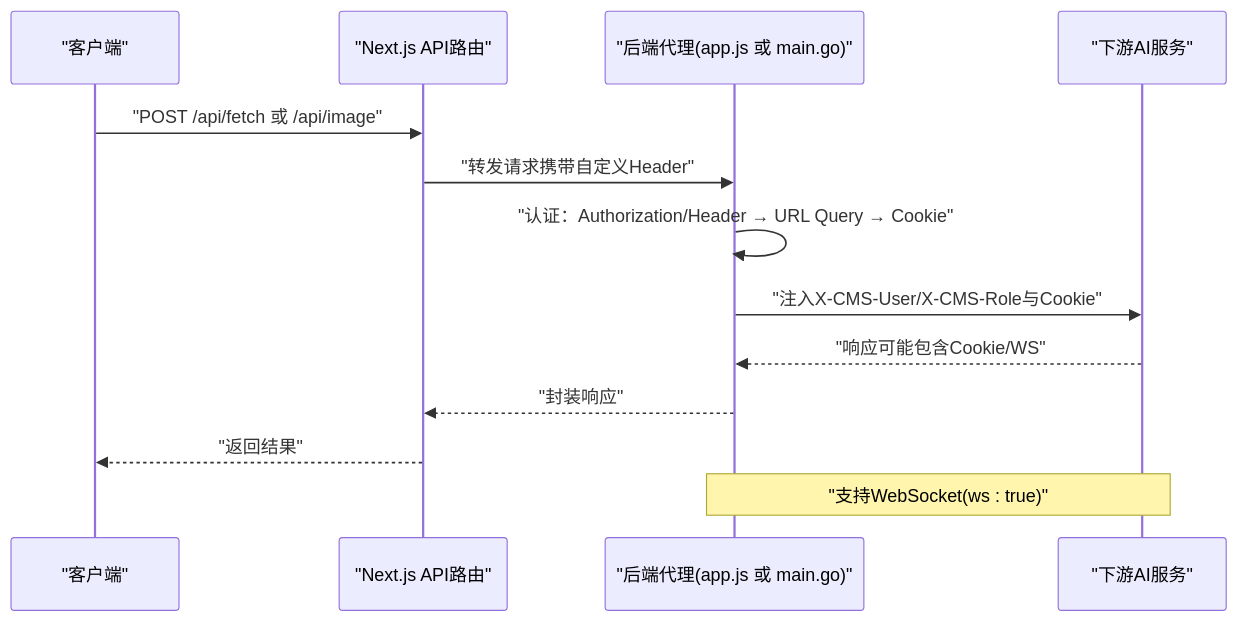
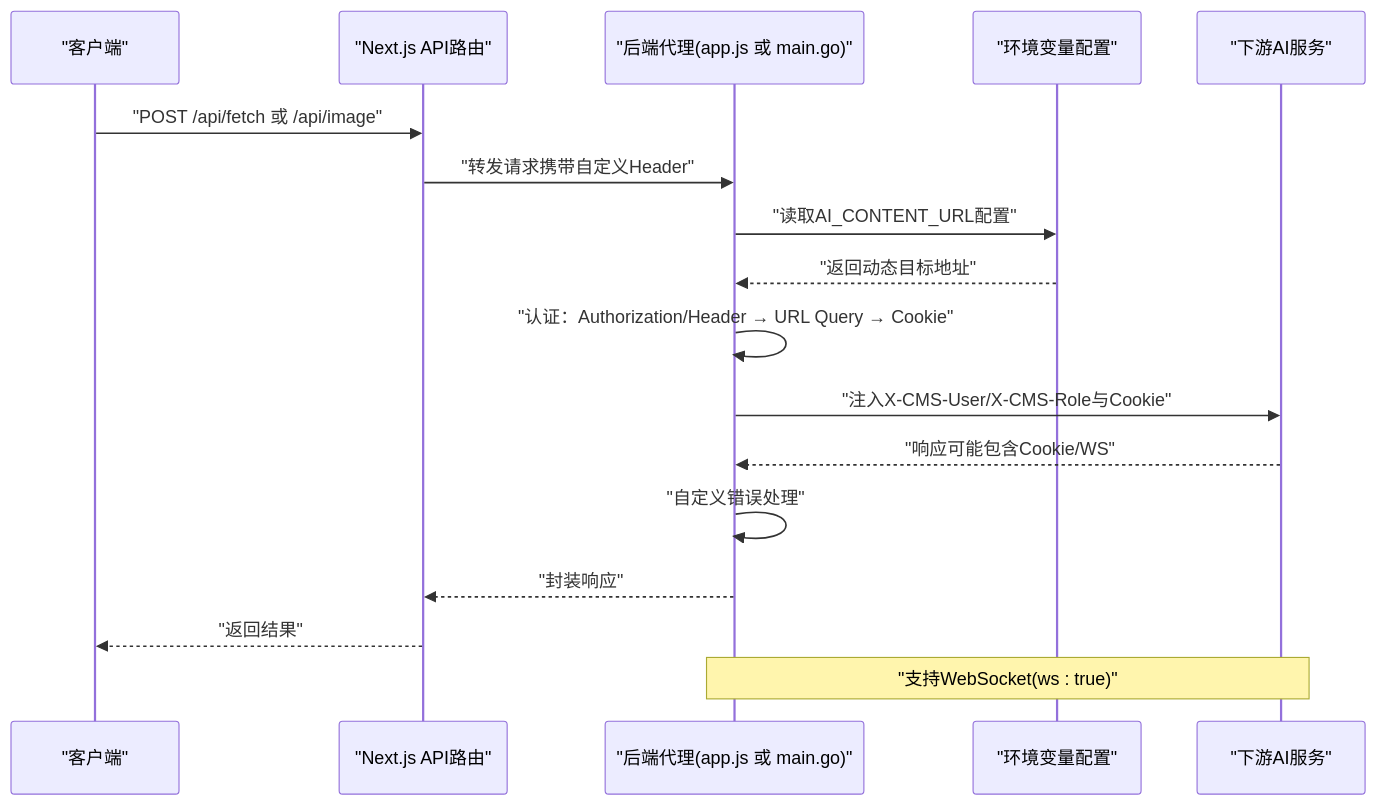
Before and after one commit to hx631580609-web/zsts-cms: the second of 8 diagrams in .qoder/repowiki/zh/content/后端服务架构/核心服务/AI代理服务.md, drawn with Mermaid. The commit also changed other lines of this file and 11 other files, not shown here.

````diff
--- a/.qoder/repowiki/zh/content/后端服务架构/核心服务/AI代理服务.md
+++ b/.qoder/repowiki/zh/content/后端服务架构/核心服务/AI代理服务.md
@@ -110,15 +119,19 @@
 ```mermaid
 sequenceDiagram
 participant C as "客户端"
 participant N as "Next.js API路由"
 participant P as "后端代理(app.js 或 main.go)"
+participant ENV as "环境变量配置"
 participant S as "下游AI服务"
 C->>N : "POST /api/fetch 或 /api/image"
 N->>P : "转发请求携带自定义Header"
+P->>ENV : "读取AI_CONTENT_URL配置"
+ENV-->>P : "返回动态目标地址"
 P->>P : "认证：Authorization/Header → URL Query → Cookie"
 P->>S : "注入X-CMS-User/X-CMS-Role与Cookie"
 S-->>P : "响应可能包含Cookie/WS"
+P->>P : "自定义错误处理"
 P-->>N : "封装响应"
 N-->>C : "返回结果"
 Note over P,S : "支持WebSocket(ws : true)"
 ```
````
